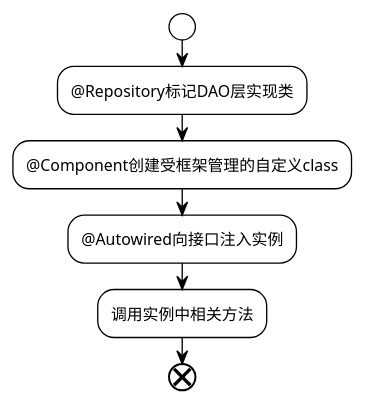
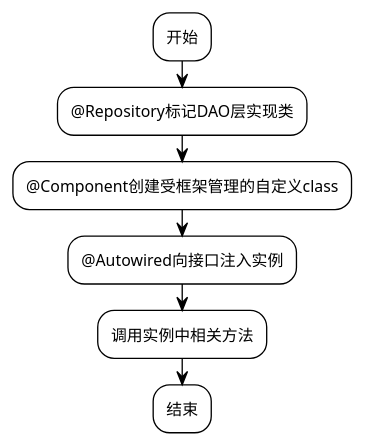
The diagram in uml/DAO.puml (PolarisZg/51SCM_Mqtt_GraduationProject), drawn with PlantUML before and after one commit. The commit also changed 55 other files, not shown here.

```diff
--- a/uml/DAO.puml
+++ b/uml/DAO.puml
@@ -1,9 +1,9 @@
 @startuml 
 !theme plain
-start
+:开始;
 :@Repository标记DAO层实现类;
 :@Component创建受框架管理的自定义class;
 :@Autowired向接口注入实例;
 :调用实例中相关方法;
-end
-@enduml 
+:结束;
+@enduml
```
